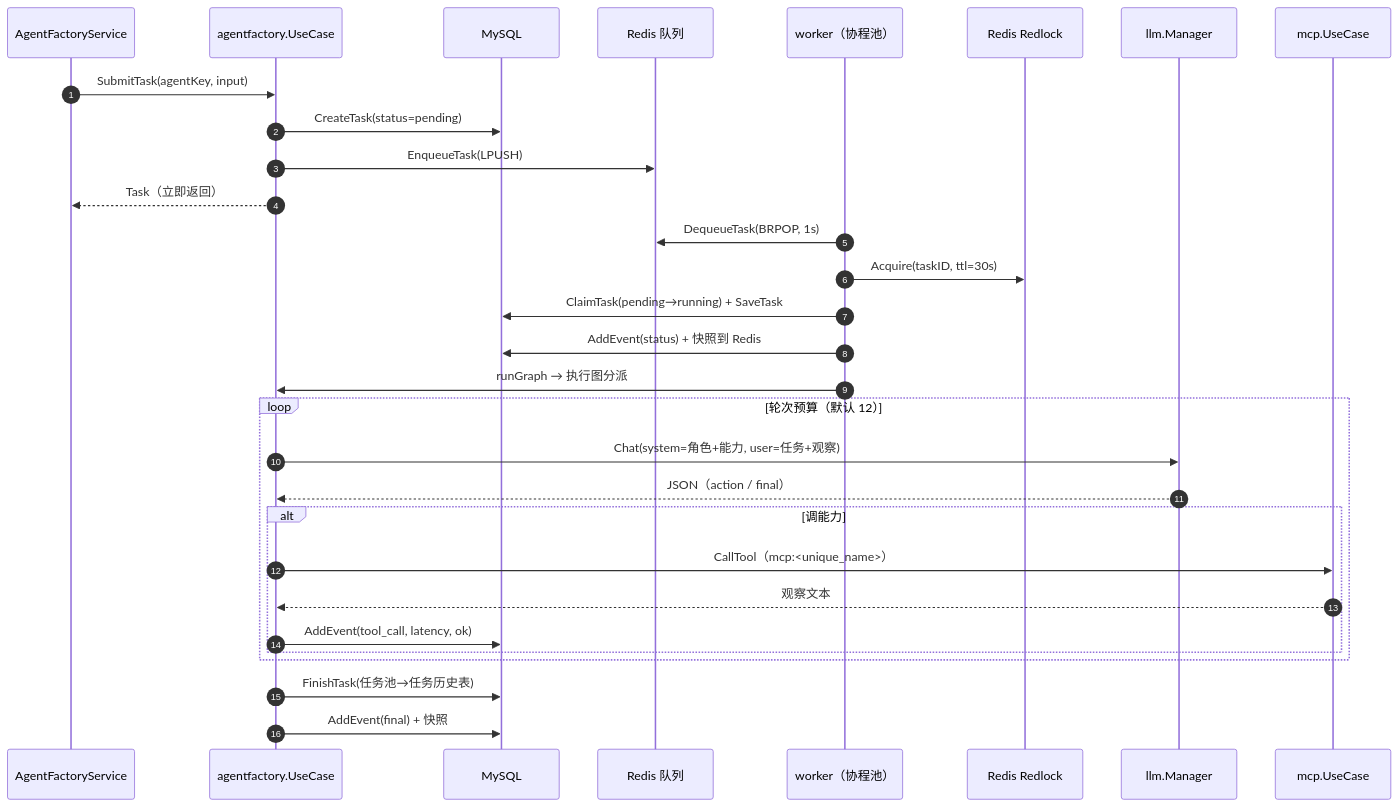
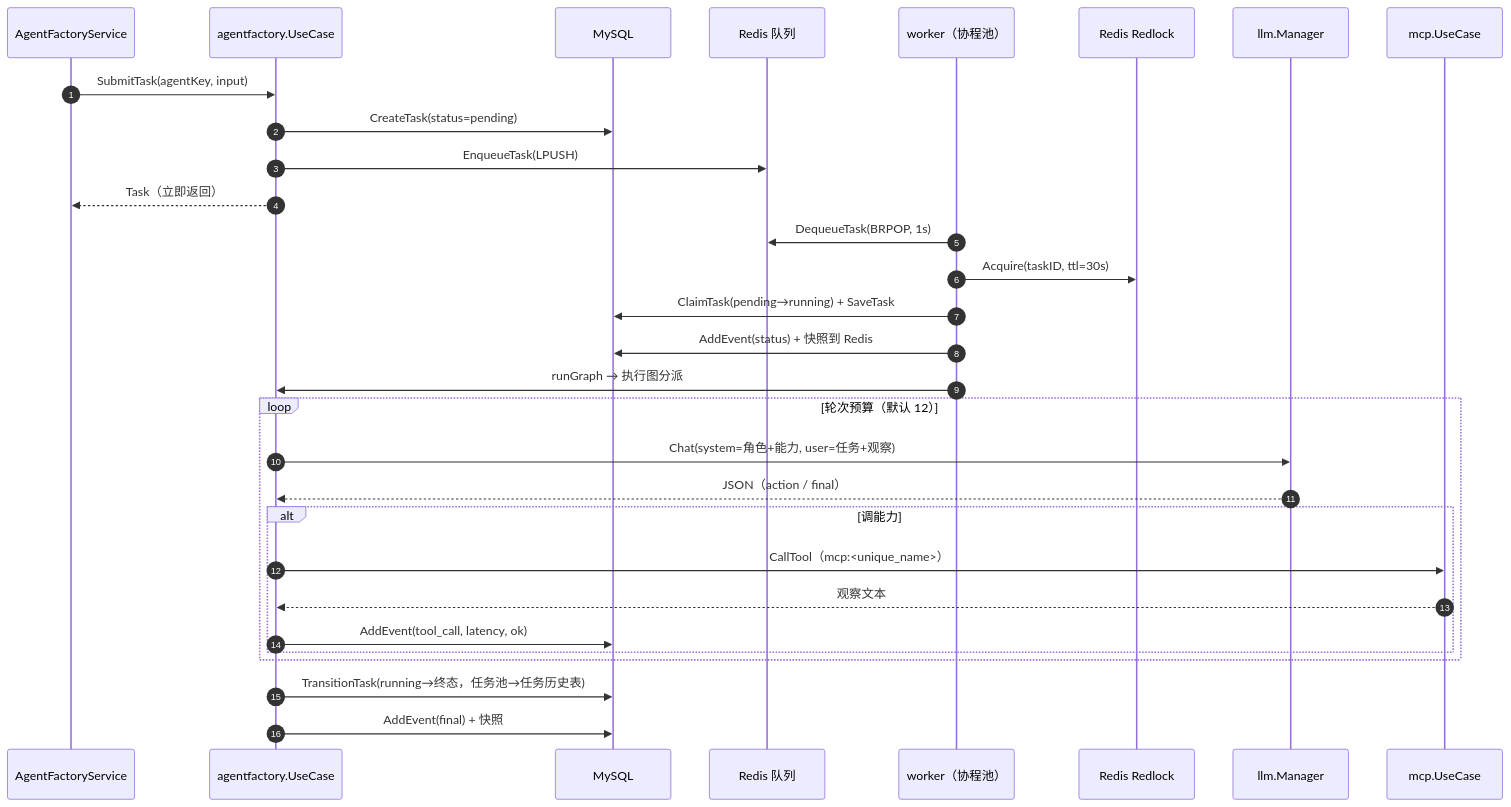
The third of 20 diagrams in go_agent/internal/biz/HANDOVER.md (HongFeng-Chen/Meridians-Agents), drawn with Mermaid before and after one commit. The commit also changed other lines of this file and 15 other files, not shown here.

````diff
--- a/go_agent/internal/biz/HANDOVER.md
+++ b/go_agent/internal/biz/HANDOVER.md
@@ -200,33 +200,33 @@
 ```mermaid
 sequenceDiagram
     autonumber
     participant API as AgentFactoryService
     participant UC as agentfactory.UseCase
     participant DB as MySQL
     participant RQ as Redis 队列
     participant WK as worker（协程池）
     participant LK as Redis Redlock
     participant LLM as llm.Manager
     participant MCP as mcp.UseCase
 
     API->>UC: SubmitTask(agentKey, input)
     UC->>DB: CreateTask(status=pending)
     UC->>RQ: EnqueueTask(LPUSH)
     UC-->>API: Task（立即返回）
     WK->>RQ: DequeueTask(BRPOP, 1s)
     WK->>LK: Acquire(taskID, ttl=30s)
     WK->>DB: ClaimTask(pending→running) + SaveTask
     WK->>DB: AddEvent(status) + 快照到 Redis
     WK->>UC: runGraph → 执行图分派
     loop 轮次预算（默认 12）
         UC->>LLM: Chat(system=角色+能力, user=任务+观察)
         LLM-->>UC: JSON（action / final）
         alt 调能力
             UC->>MCP: CallTool（mcp:<unique_name>）
             MCP-->>UC: 观察文本
             UC->>DB: AddEvent(tool_call, latency, ok)
         end
     end
-    UC->>DB: FinishTask(任务池→任务历史表)
+    UC->>DB: TransitionTask(running→终态，任务池→任务历史表)
     UC->>DB: AddEvent(final) + 快照
 ```
````
